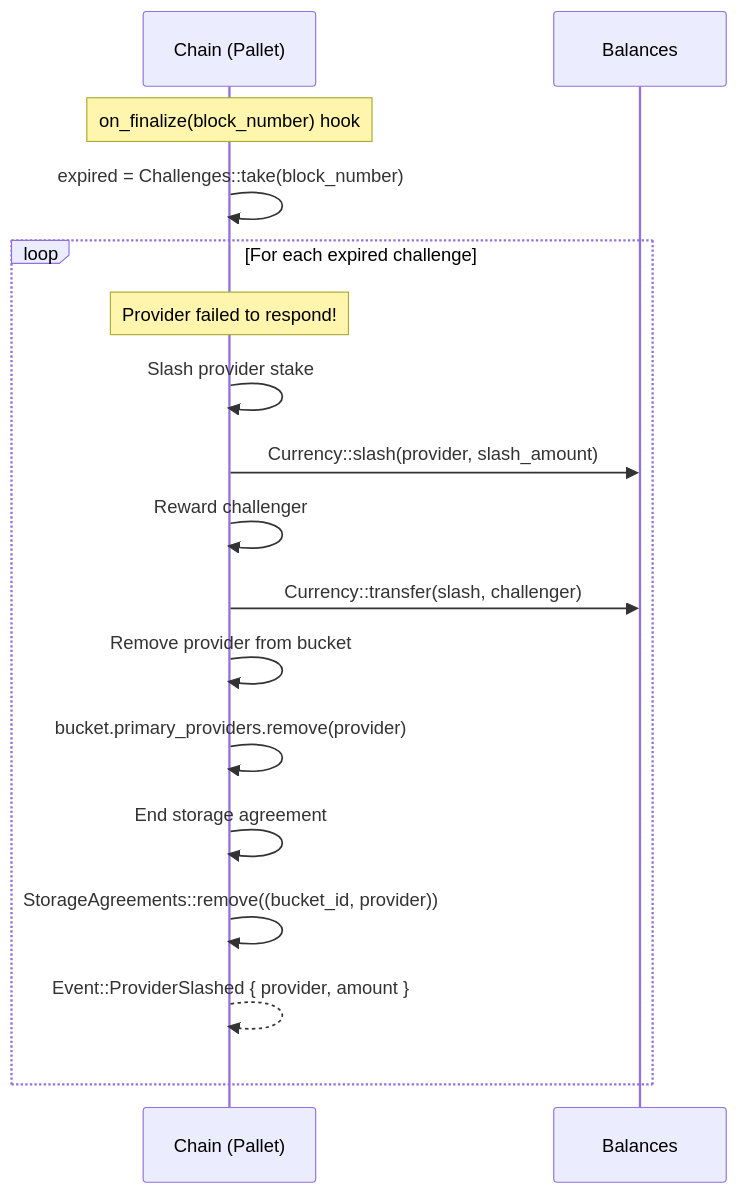
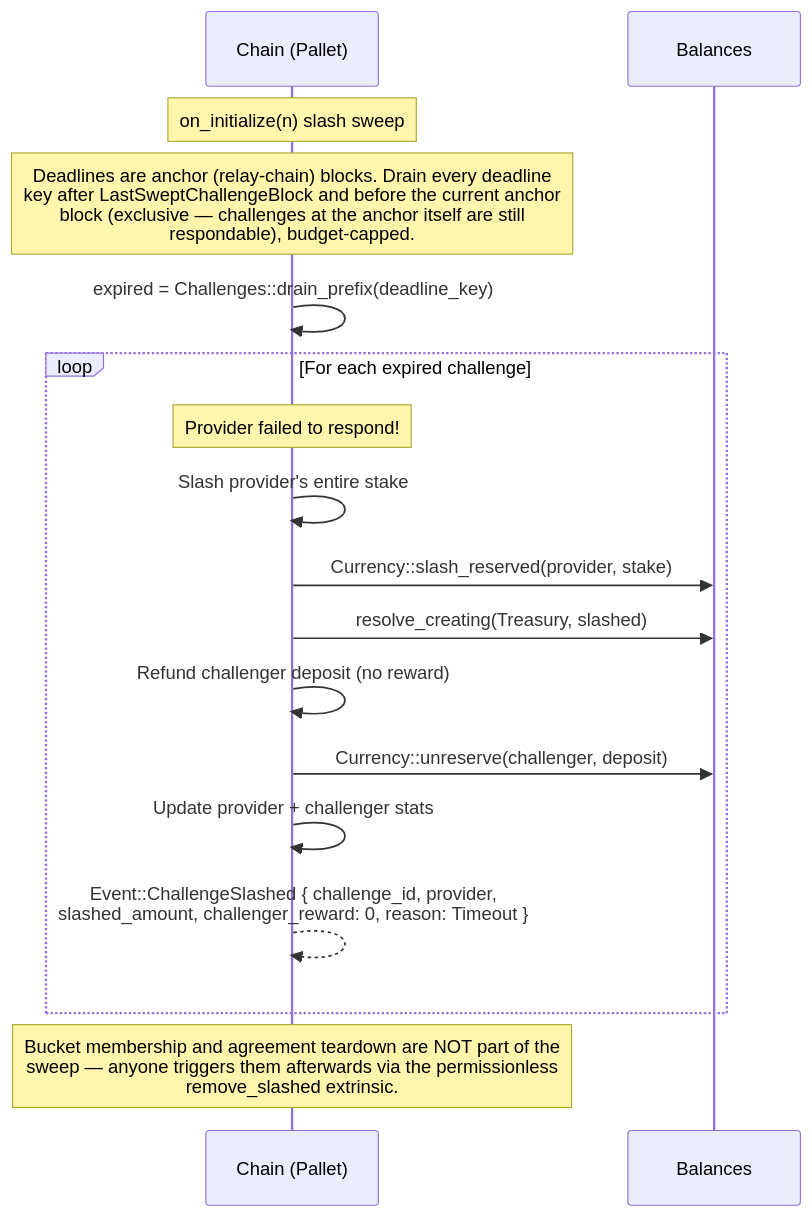
One commit to paritytech/web3-storage changed diagram 11 of 13 in docs/design/EXECUTION_FLOWS.md. Above: the diagram before and after it, drawn with Mermaid. The commit also changed other lines of this file and 68 other files, not shown here.

First line of the commit message:
Measure pallet timeouts in relay chain blocks, not parachain blocks (#268)

````diff
--- a/docs/design/EXECUTION_FLOWS.md
+++ b/docs/design/EXECUTION_FLOWS.md
@@ -536,27 +543,28 @@
 ```mermaid
 sequenceDiagram
     participant C as Chain (Pallet)
     participant B as Balances
 
-    Note over C: on_finalize(block_number) hook
+    Note over C: on_initialize(n) slash sweep
 
-    C->>C: expired = Challenges::take(block_number)
+    Note over C: Deadlines are anchor (relay-chain) blocks. Drain every deadline<br/>key after LastSweptChallengeBlock and before the current anchor<br/>block (exclusive — challenges at the anchor itself are still<br/>respondable), budget-capped.
+
+    C->>C: expired = Challenges::drain_prefix(deadline_key)
 
     loop For each expired challenge
         Note over C: Provider failed to respond!
 
-        C->>C: Slash provider stake
-        C->>B: Currency::slash(provider, slash_amount)
+        C->>C: Slash provider's entire stake
+        C->>B: Currency::slash_reserved(provider, stake)
+        C->>B: resolve_creating(Treasury, slashed)
 
-        C->>C: Reward challenger
-        C->>B: Currency::transfer(slash, challenger)
+        C->>C: Refund challenger deposit (no reward)
+        C->>B: Currency::unreserve(challenger, deposit)
 
-        C->>C: Remove provider from bucket
-        C->>C: bucket.primary_providers.remove(provider)
+        C->>C: Update provider + challenger stats
 
-        C->>C: End storage agreement
-        C->>C: StorageAgreements::remove((bucket_id, provider))
+        C-->>C: Event::ChallengeSlashed { challenge_id, provider,<br/>slashed_amount, challenger_reward: 0, reason: Timeout }
+    end
 
-        C-->>C: Event::ProviderSlashed { provider, amount }
-    end
+    Note over C: Bucket membership and agreement teardown are NOT part of the<br/>sweep — anyone triggers them afterwards via the permissionless<br/>remove_slashed extrinsic.
 ```
````
